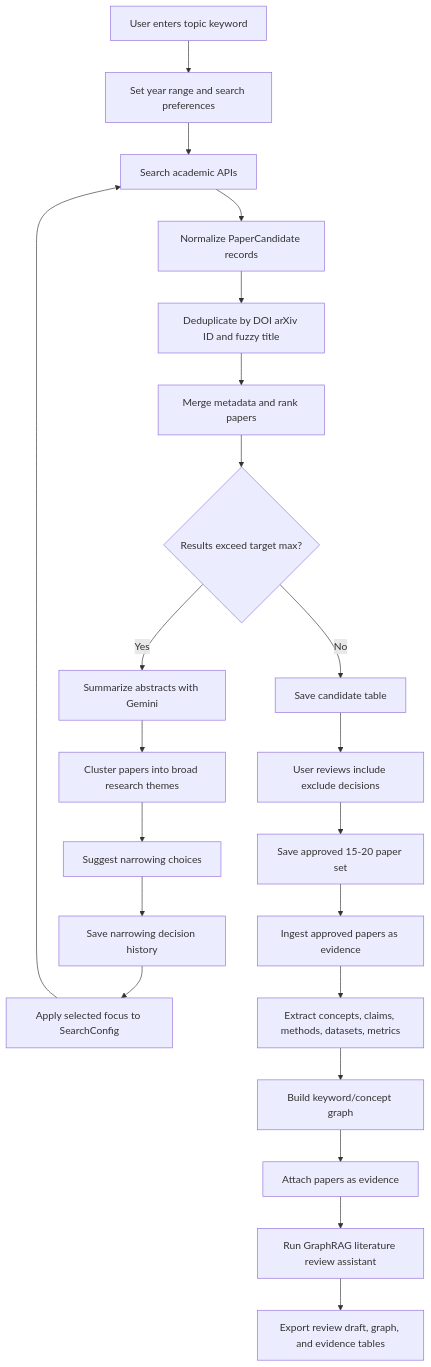
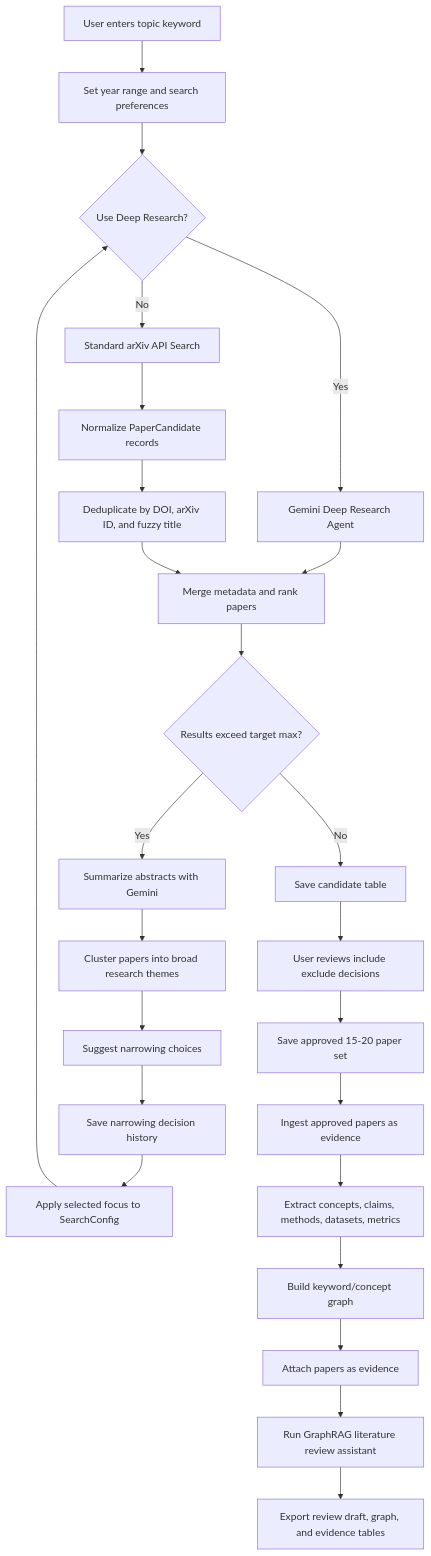
The first of 3 diagrams in README.md (luythoangduy/LiteratureWikiGraphRAG), drawn with Mermaid before and after one commit. The commit also changed other lines of this file and 9 other files, not shown here.

Commit message:
feat: integrate Gemini Deep Research agent search and update Streamlit UI

````diff
--- a/README.md
+++ b/README.md
@@ -13,24 +17,25 @@
 ```mermaid
 flowchart TD
   A[User enters topic keyword] --> B[Set year range and search preferences]
-  B --> C[Search academic APIs]
-  C --> D[Normalize PaperCandidate records]
-  D --> E[Deduplicate by DOI arXiv ID and fuzzy title]
-  E --> F[Merge metadata and rank papers]
+  B --> C{Use Deep Research?}
+  C -- Yes --> DR[Gemini Deep Research Agent] --> F[Merge metadata and rank papers]
+  C -- No --> S[Standard arXiv API Search] --> D[Normalize PaperCandidate records]
+  D --> E[Deduplicate by DOI, arXiv ID, and fuzzy title]
+  E --> F
   F --> G{Results exceed target max?}
   G -- Yes --> H[Summarize abstracts with Gemini]
   H --> I[Cluster papers into broad research themes]
   I --> J[Suggest narrowing choices]
   J --> K[Save narrowing decision history]
   K --> L[Apply selected focus to SearchConfig]
   L --> C
   G -- No --> M[Save candidate table]
   M --> N[User reviews include exclude decisions]
   N --> O[Save approved 15-20 paper set]
   O --> P[Ingest approved papers as evidence]
   P --> Q[Extract concepts, claims, methods, datasets, metrics]
   Q --> R[Build keyword/concept graph]
-  R --> S[Attach papers as evidence]
-  S --> T[Run GraphRAG literature review assistant]
+  R --> S2[Attach papers as evidence]
+  S2 --> T[Run GraphRAG literature review assistant]
   T --> U[Export review draft, graph, and evidence tables]
 ```
````
